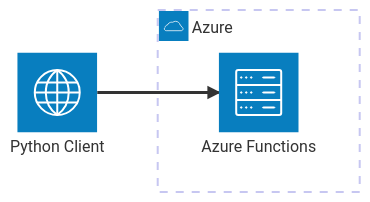
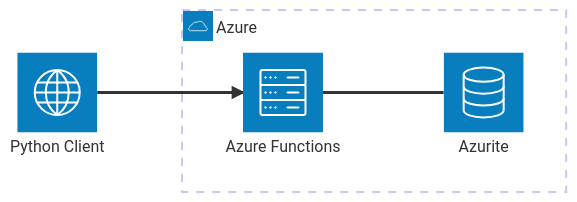
One commit to raulcastillabravo/mistlock changed the diagram in src/azure/mves/functions/README.es.md. Above: the diagram before and after it, drawn with Mermaid. The commit also changed other lines of this file and 9 other files, not shown here.

````diff
--- a/src/azure/mves/functions/README.es.md
+++ b/src/azure/mves/functions/README.es.md
@@ -7,9 +7,11 @@
 ```mermaid
 architecture-beta
     group cloud(cloud)[Azure]
 
     service func(server)[Azure Functions] in cloud
+    service storage(database)[Azurite] in cloud
     service client(internet)[Python Client]
 
     client:R --> L:func
+    func:R -- L:storage
 ```
````
